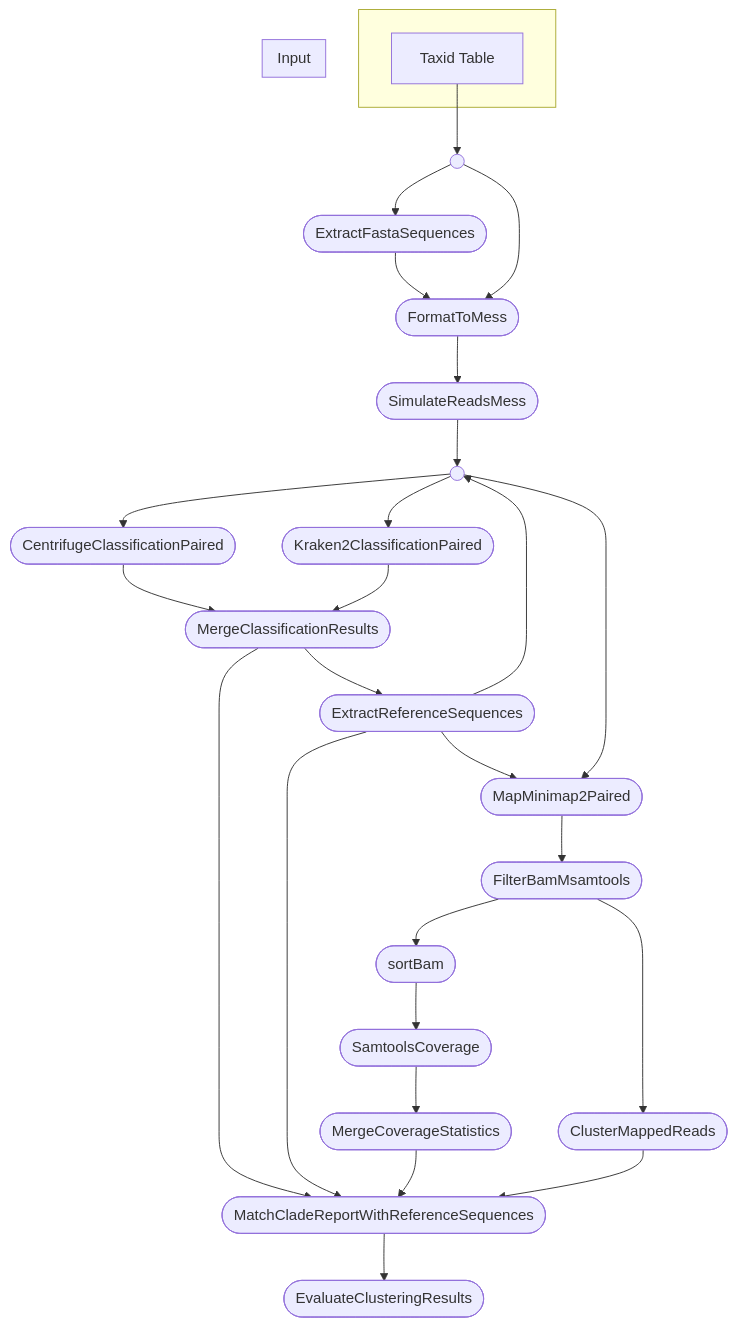
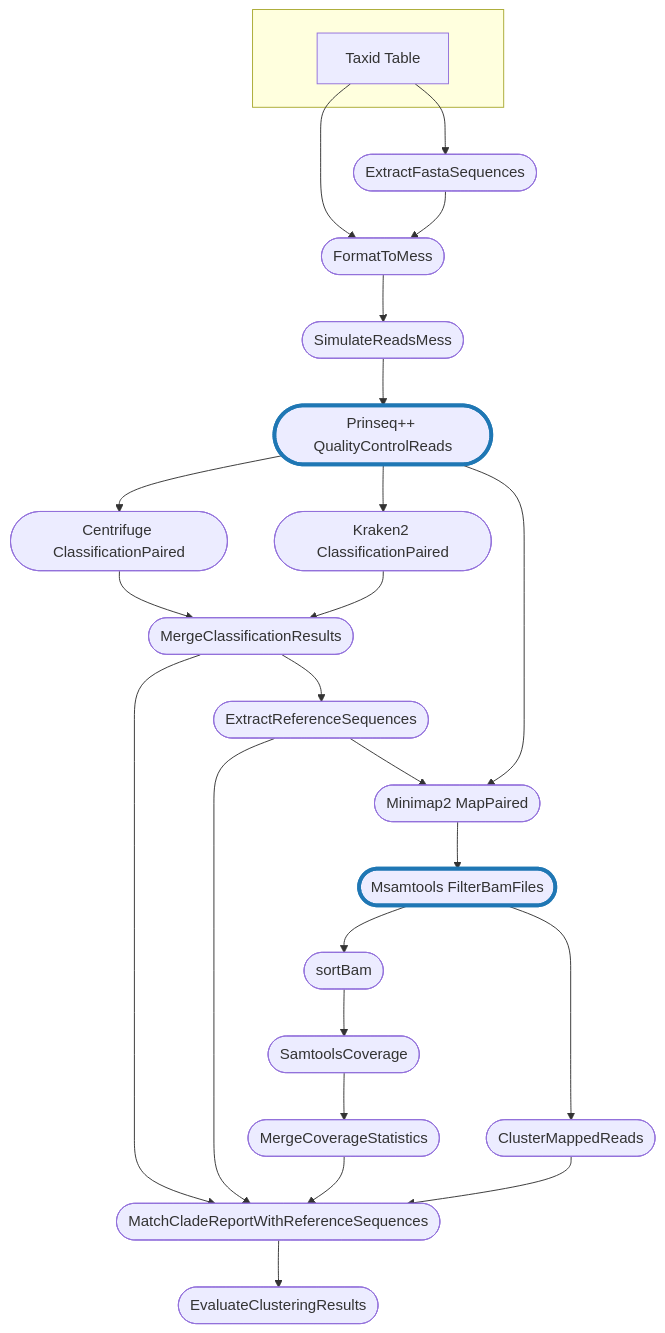
Before and after one commit to SantosJGND/metagenomics_cluster_evaluation: the diagram in deployment/deployment_benchmark/README.md, drawn with Mermaid. The commit also changed 1 other file, not shown here.

Commit message:
account for empty datasets

````diff
--- a/deployment/deployment_benchmark/README.md
+++ b/deployment/deployment_benchmark/README.md
@@ -17,50 +17,46 @@
 ```mermaid
-
 flowchart TB
     subgraph " "
     v0["Taxid Table"]
     end
     v2([ExtractFastaSequences])
     v3([FormatToMess])
     v5([SimulateReadsMess])
-    v7([CentrifugeClassificationPaired])
-    v8([Kraken2ClassificationPaired])
+    v6([Prinseq++ QualityControlReads])
+    style v6 stroke:#1f77b4,stroke-width:4px
+    v7([Centrifuge ClassificationPaired])
+    v8([Kraken2 ClassificationPaired])
     v9([MergeClassificationResults])
     v10([ExtractReferenceSequences])
-    v14([MapMinimap2Paired])
-    v23([FilterBamMsamtools])
+    v14([Minimap2 MapPaired])
+    v23([Msamtools FilterBamFiles])
+    style v23 stroke:#1f77b4,stroke-width:4px
     v15([sortBam])
     v16([SamtoolsCoverage])
     v21([MergeCoverageStatistics])
     v22([ClusterMappedReads])
-    subgraph "Input"
-    end
     v24([MatchCladeReportWithReferenceSequences])
     v25([EvaluateClusteringResults])
-    v1(( ))
-    v6(( ))
-    v0 --> v1
-    v1 --> v2
+    v0 --> v2
+    v0 --> v3
     v2 --> v3
-    v1 --> v3
     v3 --> v5
     v5 --> v6
     v6 --> v7
     v7 --> v9
     v6 --> v8
     v8 --> v9
     v9 --> v10
     v9 --> v24
     v10 --> v24
-    v10 --> v6
     v10 --> v14
     v6 --> v14
     v14 --> v23
     v23 --> v15
     v23 --> v22
     v15 --> v16
     v16 --> v21
     v21 --> v24
     v22 --> v24
     v24 --> v25
 ```
````
